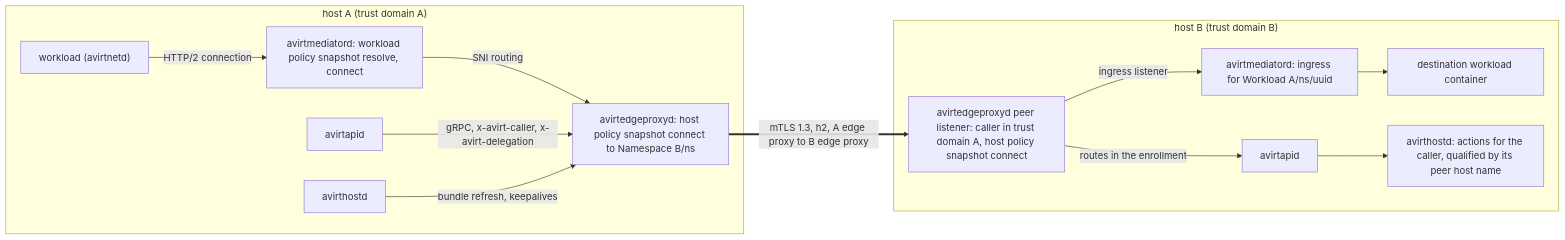
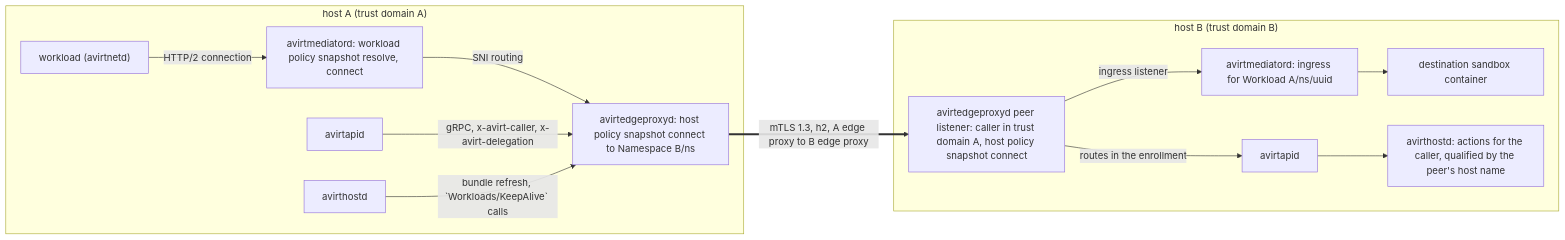
Before and after one commit to tbhb-dev/avirt: the second of 2 diagrams in docs/peering.md, drawn with Mermaid. The commit also changed other lines of this file and 58 other files, not shown here.

````diff
--- a/docs/peering.md
+++ b/docs/peering.md
@@ -231,19 +231,19 @@
 ```mermaid
 flowchart LR
     subgraph A["host A (trust domain A)"]
         wa["workload (avirtnetd)"] -->|"HTTP/2 connection"| mea["avirtmediatord: workload policy snapshot resolve, connect"]
         mea -->|"SNI routing"| fda["avirtedgeproxyd: host policy snapshot connect to Namespace B/ns"]
         pxa["avirtapid"] -->|"gRPC, x-avirt-caller, x-avirt-delegation"| fda
-        hda["avirthostd"] -->|"bundle refresh, keepalives"| fda
+        hda["avirthostd"] -->|"bundle refresh, `Workloads/KeepAlive` calls"| fda
     end
     subgraph B["host B (trust domain B)"]
         fdb["avirtedgeproxyd peer listener: caller in trust domain A, host policy snapshot connect"]
         meb["avirtmediatord: ingress for Workload A/ns/uuid"]
-        wb["destination workload container"]
+        wb["destination sandbox container"]
         pxb["avirtapid"]
-        hdb["avirthostd: actions for the caller, qualified by its peer host name"]
+        hdb["avirthostd: actions for the caller, qualified by the peer's host name"]
         fdb -->|"ingress listener"| meb --> wb
         fdb -->|"routes in the enrollment"| pxb --> hdb
     end
     fda ==>|"mTLS 1.3, h2, A edge proxy to B edge proxy"| fdb
 ```
````
